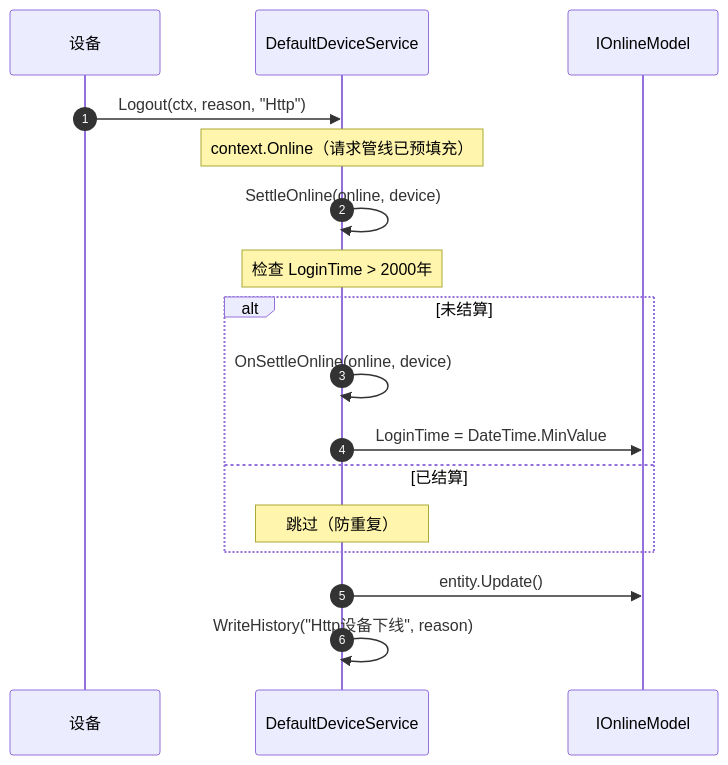
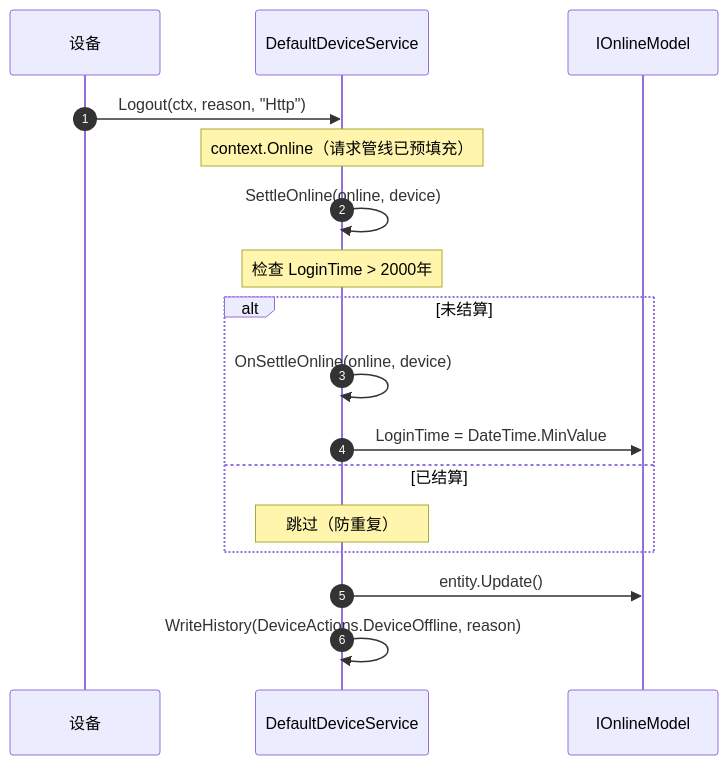
Before and after one commit to NewLifeX/NewLife.Remoting: the fifth of 10 diagrams in Doc/SRV-服务端架构.md, drawn with Mermaid. The commit also changed 11 other files, not shown here.

````diff
--- a/Doc/SRV-服务端架构.md
+++ b/Doc/SRV-服务端架构.md
@@ -163,22 +163,22 @@
 ```mermaid
 sequenceDiagram
     autonumber
     participant D as 设备
     participant DS as DefaultDeviceService
     participant Online as IOnlineModel
 
     D->>DS: Logout(ctx, reason, "Http")
     Note over DS: context.Online（请求管线已预填充）
     DS->>DS: SettleOnline(online, device)
 
     Note over DS: 检查 LoginTime > 2000年
     alt 未结算
         DS->>DS: OnSettleOnline(online, device)
         DS->>Online: LoginTime = DateTime.MinValue
     else 已结算
         Note over DS: 跳过（防重复）
     end
 
     DS->>Online: entity.Update()
-    DS->>DS: WriteHistory("Http设备下线", reason)
+    DS->>DS: WriteHistory(DeviceActions.DeviceOffline, reason)
 ```
````
